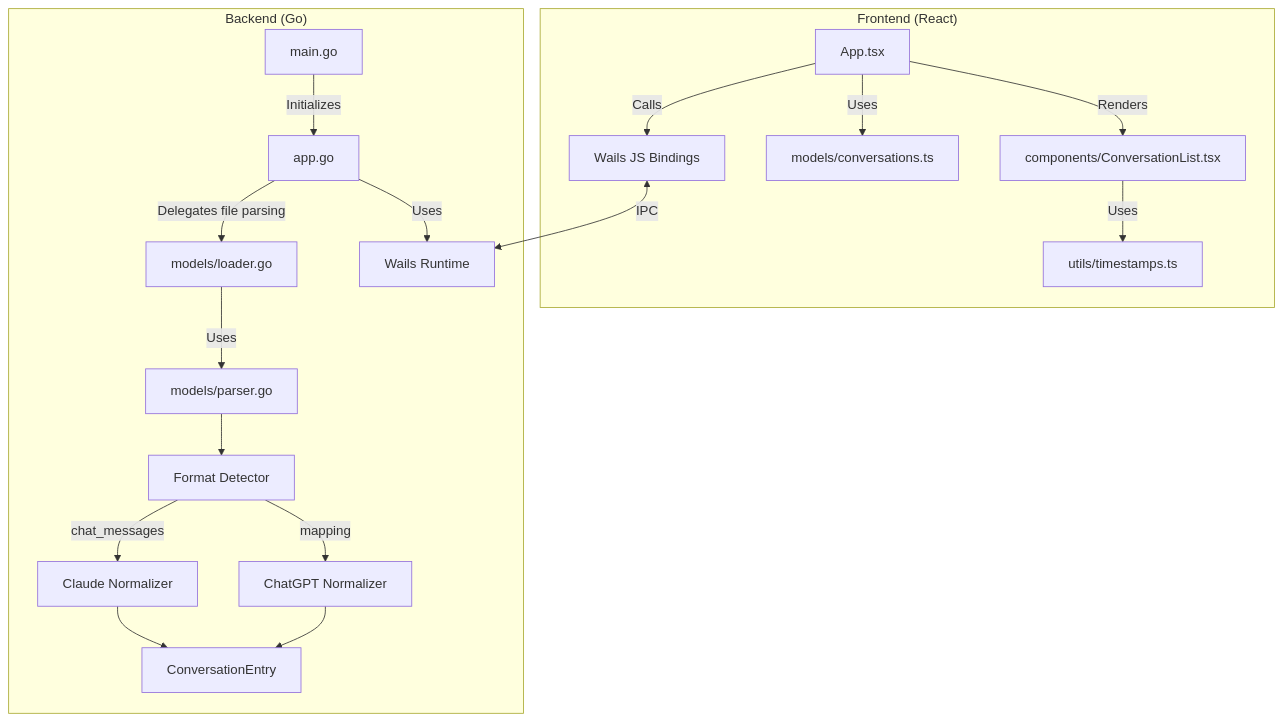
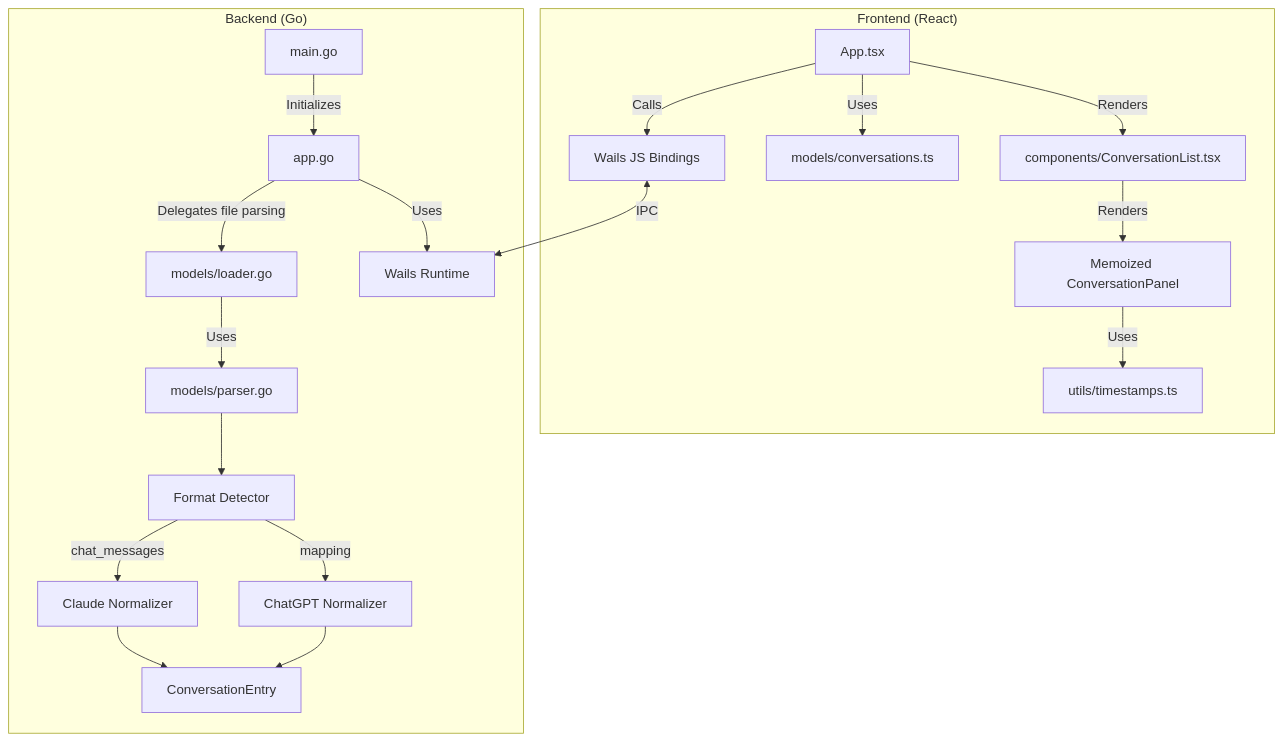
Before and after one commit to johnpfeiffer/chat-explorer: the first of 2 diagrams in docs/architecture.md, drawn with Mermaid. The commit also changed other lines of this file and 3 other files, not shown here.

````diff
--- a/docs/architecture.md
+++ b/docs/architecture.md
@@ -70,37 +70,39 @@
 ```mermaid
 graph TD
     subgraph "Frontend (React)"
         AppC["App.tsx"]
         Bindings["Wails JS Bindings"]
         Logic["models/conversations.ts"]
         CompList["components/ConversationList.tsx"]
+        CompPanel["Memoized ConversationPanel"]
         Utils["utils/timestamps.ts"]
     end
 
     subgraph "Backend (Go)"
         Main["main.go"]
         AppGo["app.go"]
         Loader["models/loader.go"]
         Parser["models/parser.go"]
         Detector["Format Detector"]
         ClaudeNorm["Claude Normalizer"]
         ChatGPTNorm["ChatGPT Normalizer"]
         EntryModel["ConversationEntry"]
         Runtime["Wails Runtime"]
     end
 
     AppC -->|Calls| Bindings
     AppC -->|Uses| Logic
     AppC -->|Renders| CompList
-    CompList -->|Uses| Utils
+    CompList -->|Renders| CompPanel
+    CompPanel -->|Uses| Utils
     Bindings <-->|IPC| Runtime
     Main -->|Initializes| AppGo
     AppGo -->|Uses| Runtime
     AppGo -->|Delegates file parsing| Loader
     Loader -->|Uses| Parser
     Parser --> Detector
     Detector -->|chat_messages| ClaudeNorm
     Detector -->|mapping| ChatGPTNorm
     ClaudeNorm --> EntryModel
     ChatGPTNorm --> EntryModel
 ```
````
